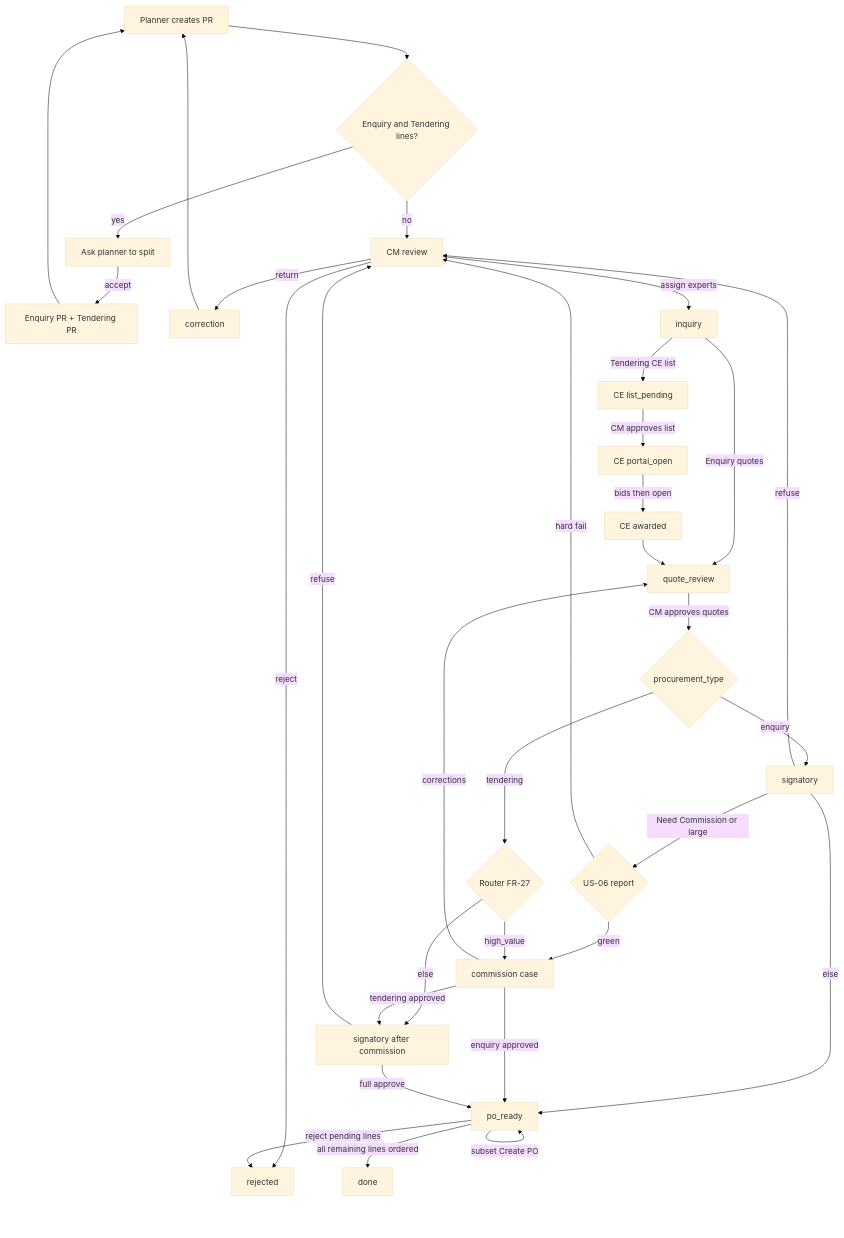
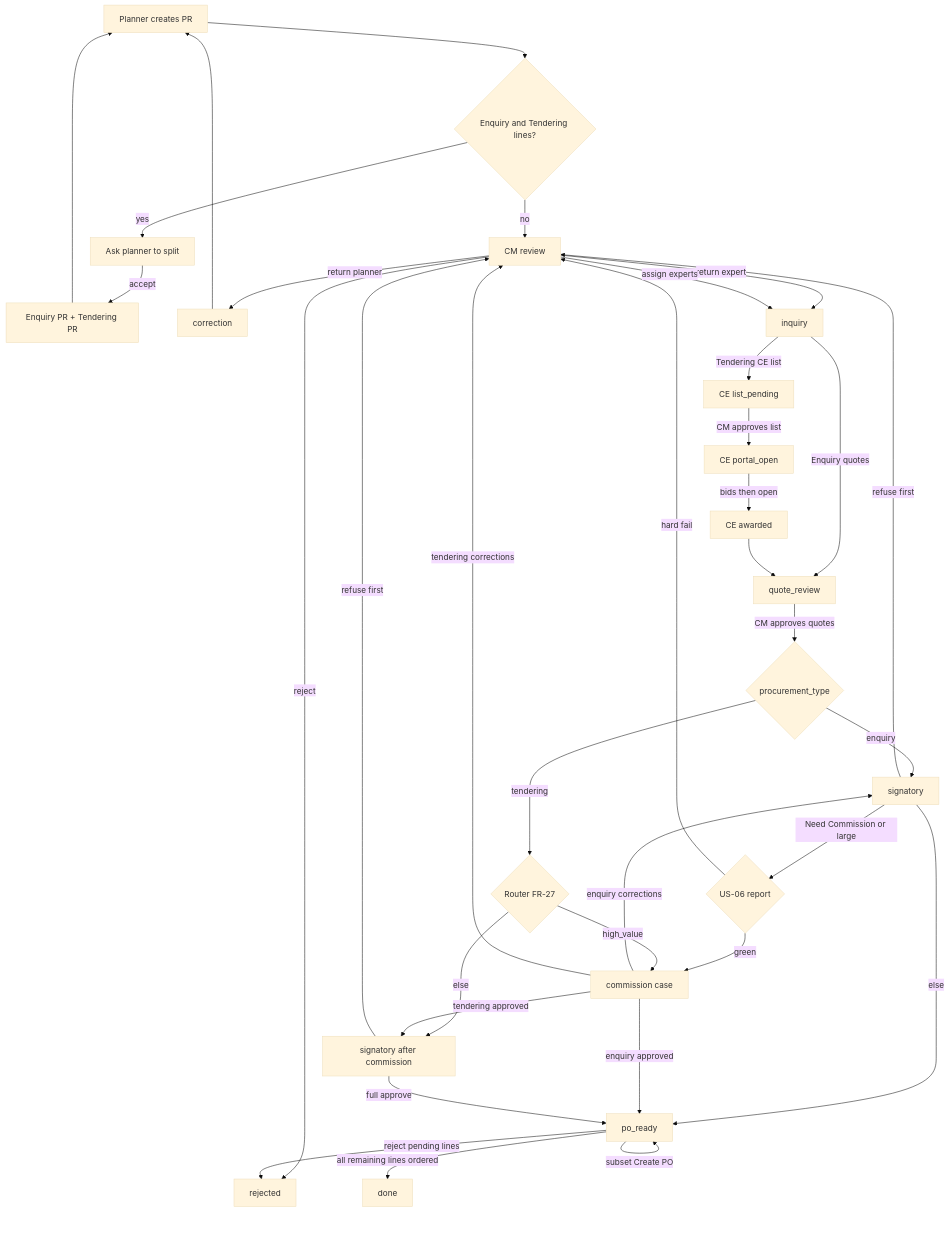
The second of 2 diagrams in odoo/addons-mammut/zvy_tendering/Architecture.md (MohamadAzarifar/odoo-18-mammut), drawn with Mermaid (base theme) before and after one commit. The commit also changed other lines of this file and 19 other files, not shown here.

Commit message:
[tendering]: Return to last approver

````diff
--- a/odoo/addons-mammut/zvy_tendering/Architecture.md
+++ b/odoo/addons-mammut/zvy_tendering/Architecture.md
@@ -444,36 +447,38 @@
 ```mermaid
 flowchart TD
     PlannerCreate[Planner creates PR]
     PlannerCreate --> Mixed{Enquiry and Tendering lines?}
     Mixed -->|yes| SplitAsk[Ask planner to split]
     SplitAsk -->|accept| TwoPRs[Enquiry PR + Tendering PR]
     TwoPRs --> PlannerCreate
     Mixed -->|no| CMReview[CM review]
     CMReview -->|reject| Rejected[rejected]
-    CMReview -->|return| Correction[correction]
+    CMReview -->|return planner| Correction[correction]
     Correction --> PlannerCreate
+    CMReview -->|return expert| Inquiry
     CMReview -->|assign experts| Inquiry[inquiry]
     Inquiry -->|Enquiry quotes| QuoteReview[quote_review]
     Inquiry -->|Tendering CE list| CEList[CE list_pending]
     CEList -->|CM approves list| PortalOpen[CE portal_open]
     PortalOpen -->|bids then open| Award[CE awarded]
     Award --> QuoteReview
     QuoteReview -->|CM approves quotes| Kind{procurement_type}
     Kind -->|enquiry| SignInquiry[signatory]
     SignInquiry -->|Need Commission or large| Precheck{US-06 report}
     Precheck -->|hard fail| CMReview
     Precheck -->|green| Commission[commission case]
     SignInquiry -->|else| PoReady[po_ready]
     Commission -->|enquiry approved| PoReady
     Kind -->|tendering| Router{Router FR-27}
     Router -->|high_value| Commission
     Router -->|else| SignTender[signatory after commission]
     Commission -->|tendering approved| SignTender
-    Commission -->|corrections| QuoteReview
+    Commission -->|enquiry corrections| SignInquiry
+    Commission -->|tendering corrections| CMReview
     SignTender -->|full approve| PoReady
-    SignInquiry -->|refuse| CMReview
-    SignTender -->|refuse| CMReview
+    SignInquiry -->|refuse first| CMReview
+    SignTender -->|refuse first| CMReview
     PoReady -->|subset Create PO| PoReady
     PoReady -->|all remaining lines ordered| Done[done]
     PoReady -->|reject pending lines| Rejected
 ```
````
